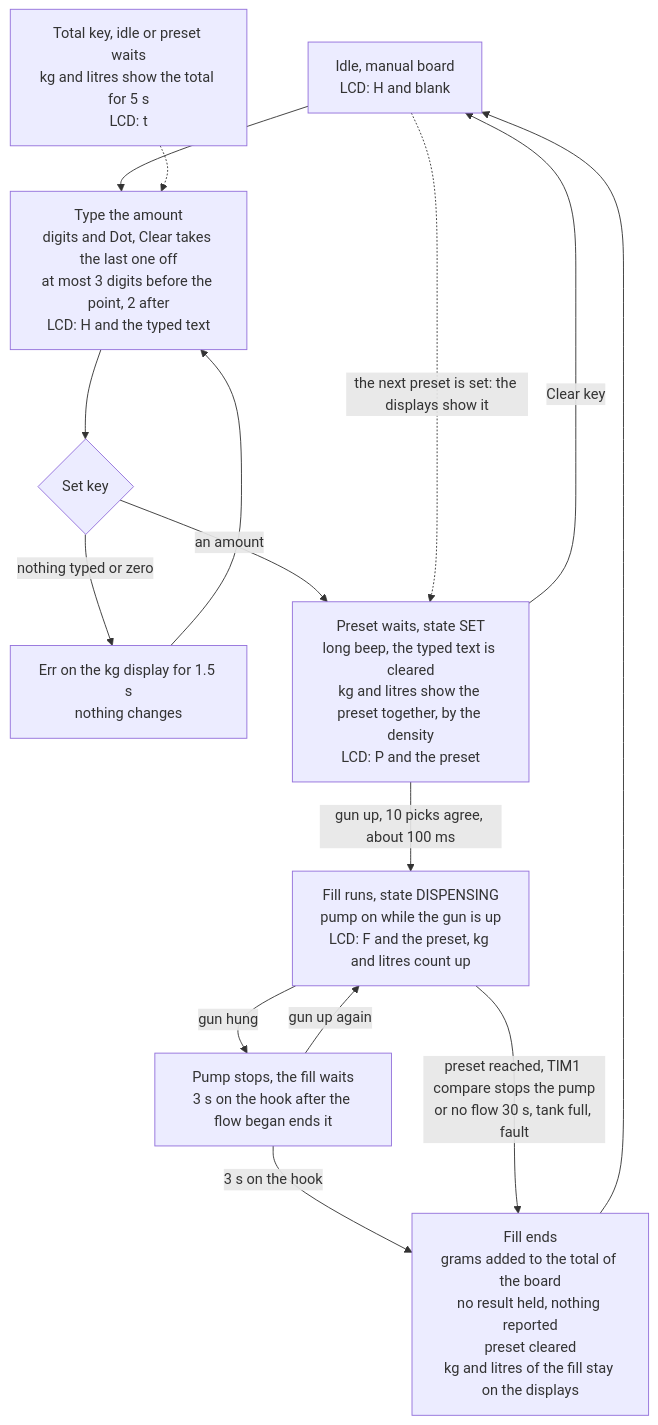
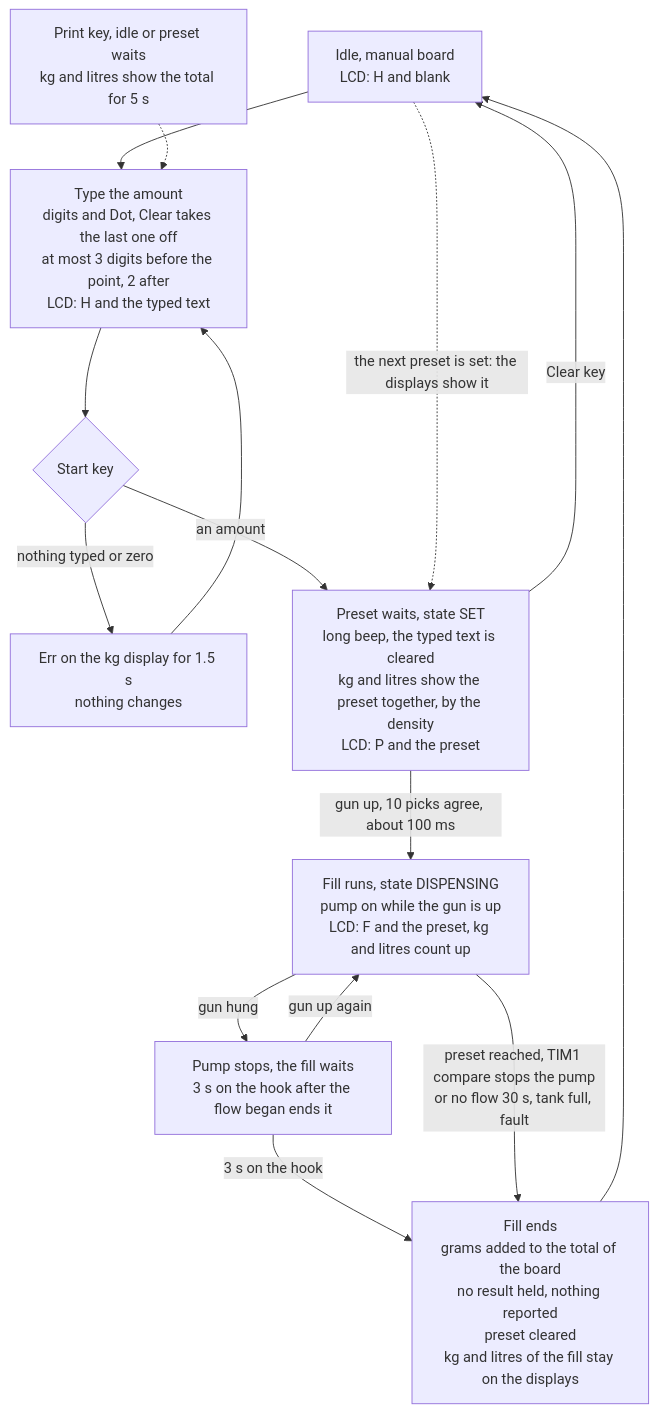
The tenth of 10 diagrams in firmware/WORKFLOW.md (atosdev7/GasStaion), drawn with Mermaid before and after one commit. The commit also changed other lines of this file and 9 other files, not shown here.

Commit message:
Firmware: Print shows the total, Start is the select key (auto) and Set (manual); key codes named after the keys of the board

````diff
--- a/firmware/WORKFLOW.md
+++ b/firmware/WORKFLOW.md
@@ -275,17 +275,17 @@
 ```mermaid
 flowchart TD
     A["Idle, manual board<br/>LCD: H and blank"] --> B["Type the amount<br/>digits and Dot, Clear takes the last one off<br/>at most 3 digits before the point, 2 after<br/>LCD: H and the typed text"]
-    B --> C{"Set key"}
+    B --> C{"Start key"}
     C -- "nothing typed or zero" --> X["Err on the kg display for 1.5 s<br/>nothing changes"]
     X --> B
     C -- "an amount" --> D["Preset waits, state SET<br/>long beep, the typed text is cleared<br/>kg and litres show the preset together, by the density<br/>LCD: P and the preset"]
     D -- "Clear key" --> A
     D -- "gun up, 10 picks agree, about 100 ms" --> E["Fill runs, state DISPENSING<br/>pump on while the gun is up<br/>LCD: F and the preset, kg and litres count up"]
     E -- "gun hung" --> P["Pump stops, the fill waits<br/>3 s on the hook after the flow began ends it"]
     P -- "gun up again" --> E
     P -- "3 s on the hook" --> F
     E -- "preset reached, TIM1 compare stops the pump<br/>or no flow 30 s, tank full, fault" --> F["Fill ends<br/>grams added to the total of the board<br/>no result held, nothing reported<br/>preset cleared<br/>kg and litres of the fill stay on the displays"]
     F --> A
     A -. "the next preset is set: the displays show it" .-> D
-    T["Total key, idle or preset waits<br/>kg and litres show the total for 5 s<br/>LCD: t"] -.-> B
+    T["Print key, idle or preset waits<br/>kg and litres show the total for 5 s"] -.-> B
 ```
````
